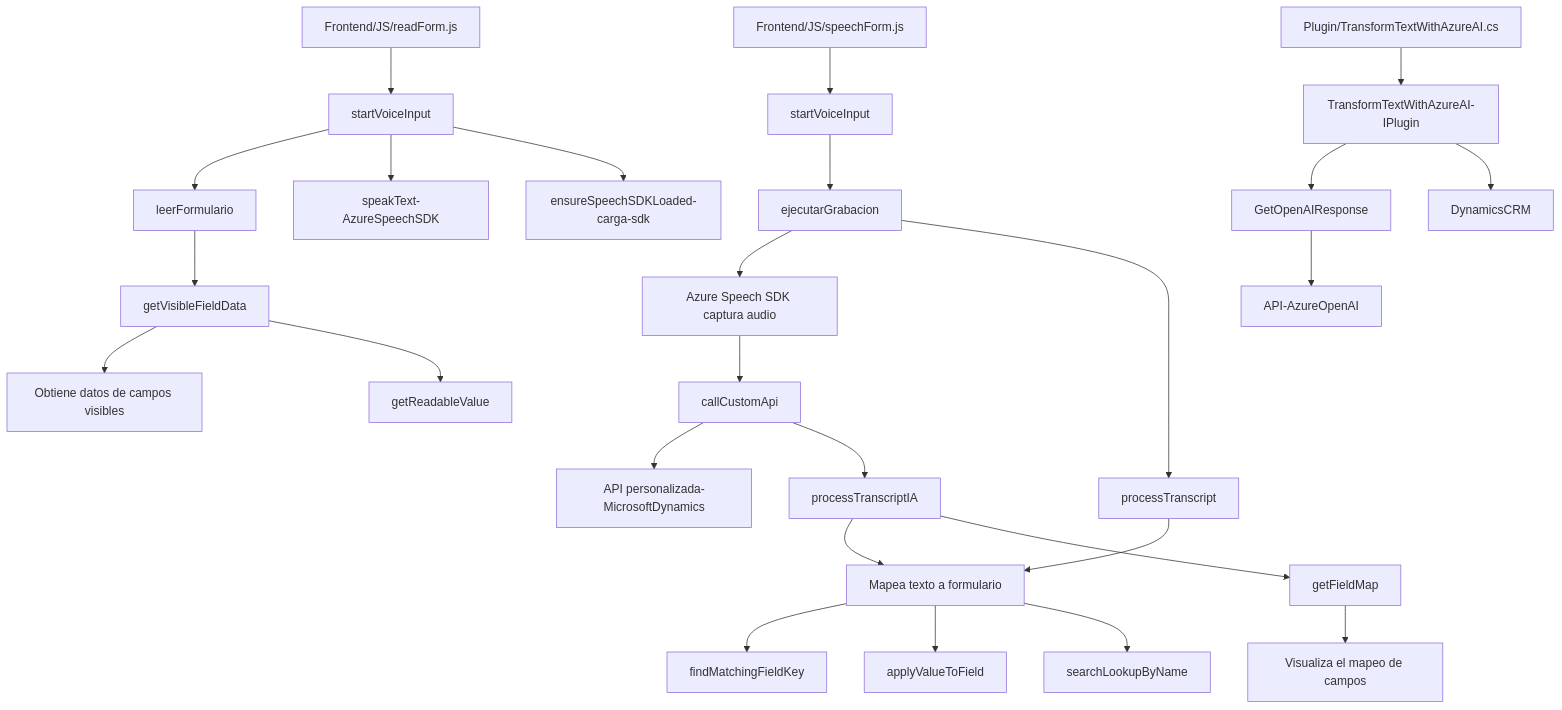
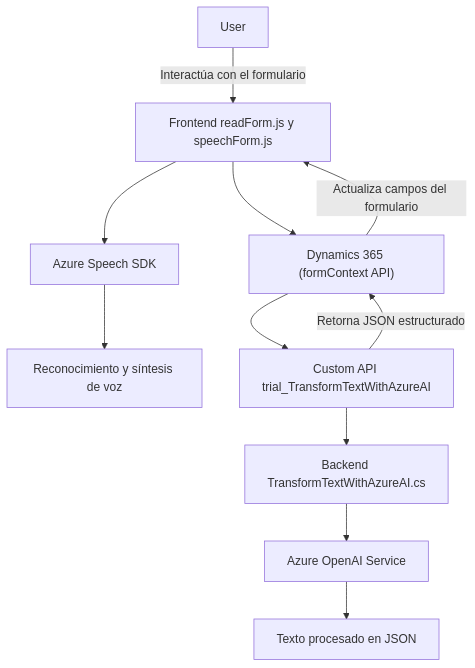
Before and after one commit to blopezdm/NETCORE_BILBAO2025: the diagram in README.md, drawn with Mermaid. The commit also changed other lines of this file, not shown here.

Commit message:
Actualizar análisis global de la solución con IA

````diff
--- a/README.md
+++ b/README.md
@@ -33,30 +61,13 @@
 ```mermaid
 graph TD
-    A["Frontend/JS/readForm.js"] --> B["startVoiceInput"]
-    B --> C["leerFormulario"]
-    C --> D["getVisibleFieldData"]
-    D --> E["Obtiene datos de campos visibles"]
-    D --> F["getReadableValue"]
-    B --> G["speakText-AzureSpeechSDK"]
-    B --> H["ensureSpeechSDKLoaded-carga-sdk"]
-
-    I["Frontend/JS/speechForm.js"] --> J["startVoiceInput"]
-    J --> K["ejecutarGrabacion"]
-    K --> L["Azure Speech SDK captura audio"]
-    L --> M["callCustomApi"]
-    M --> N["API personalizada-MicrosoftDynamics"]
-    K --> O["processTranscript"]
-    O --> Q["Mapea texto a formulario"]
-    M --> P["processTranscriptIA"]
-    P --> Q
-    P --> R["getFieldMap"]
-    R --> S["Visualiza el mapeo de campos"]
-    Q --> T["findMatchingFieldKey"]
-    Q --> U["applyValueToField"]
-    Q --> V["searchLookupByName"]
-    
-    X["Plugin/TransformTextWithAzureAI.cs"] --> Y["TransformTextWithAzureAI-IPlugin"]
-    Y --> Z["GetOpenAIResponse"]
-    Z --> AA["API-AzureOpenAI"]
-    Y --> AB["DynamicsCRM"]
+    A["User"] -->|Interactúa con el formulario| B["Frontend readForm.js y speechForm.js"]
+    B --> C["Azure Speech SDK"]
+    B --> D["Dynamics 365 (formContext API)"]
+    C --> E["Reconocimiento y síntesis de voz"]
+    D --> F["Custom API trial_TransformTextWithAzureAI"]
+    F --> G["Backend TransformTextWithAzureAI.cs"]
+    G --> H["Azure OpenAI Service"]
+    H --> I["Texto procesado en JSON"]
+    F -->|Retorna JSON estructurado| D
+    D -->|Actualiza campos del formulario| B
 ```
````
